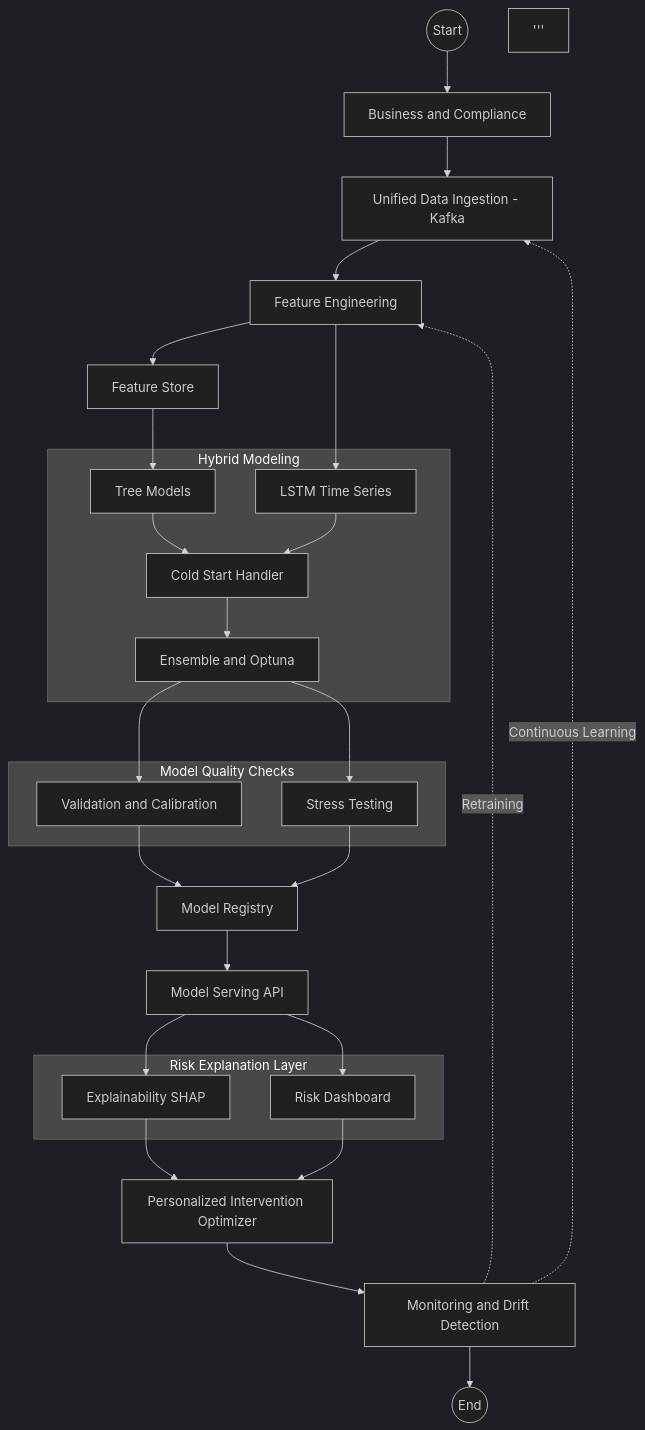
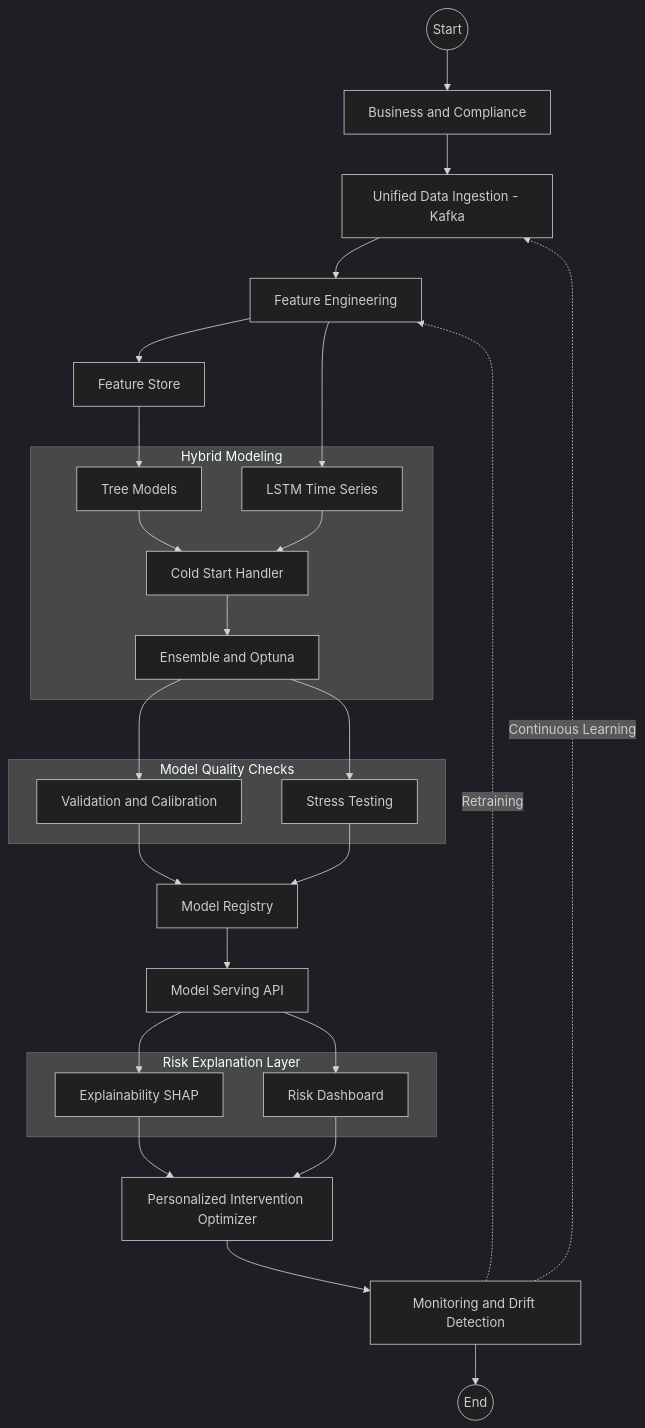
One commit to SHREESH-git/Pre-delinquency-engine changed the diagram in README.md. Above: the diagram before and after it, drawn with Mermaid (dark theme). The commit also changed other lines of this file, not shown here.

````diff
--- a/README.md
+++ b/README.md
@@ -44,58 +58,57 @@
 ```mermaid
 flowchart TD
 
     Start((Start)) --> BC[Business and Compliance]
     BC --> UDI[Unified Data Ingestion - Kafka]
 
     UDI --> FE[Feature Engineering]
     FE --> FS[Feature Store]
 
     %% Hybrid Modeling
     subgraph HM[Hybrid Modeling]
         TM[Tree Models]
         LSTM[LSTM Time Series]
         CSH[Cold Start Handler]
         ENS[Ensemble and Optuna]
 
         TM --> CSH
         LSTM --> CSH
         CSH --> ENS
     end
 
     FS --> TM
     FE --> LSTM
 
     %% Model Quality Checks
     subgraph MQC[Model Quality Checks]
         VC[Validation and Calibration]
         ST[Stress Testing]
     end
 
     ENS --> VC
     ENS --> ST
 
     VC --> MR[Model Registry]
     ST --> MR
 
     MR --> API[Model Serving API]
 
     %% Risk Explanation Layer
     subgraph REL[Risk Explanation Layer]
         SHAP[Explainability SHAP]
         RD[Risk Dashboard]
     end
 
     API --> SHAP
     API --> RD
 
     SHAP --> PIO[Personalized Intervention Optimizer]
     RD --> PIO
 
     PIO --> MDD[Monitoring and Drift Detection]
     MDD --> End((End))
 
     %% Continuous Learning Loop
     MDD -. Continuous Learning .-> UDI
     MDD -. Retraining .-> FE
-'''
 ```
````
